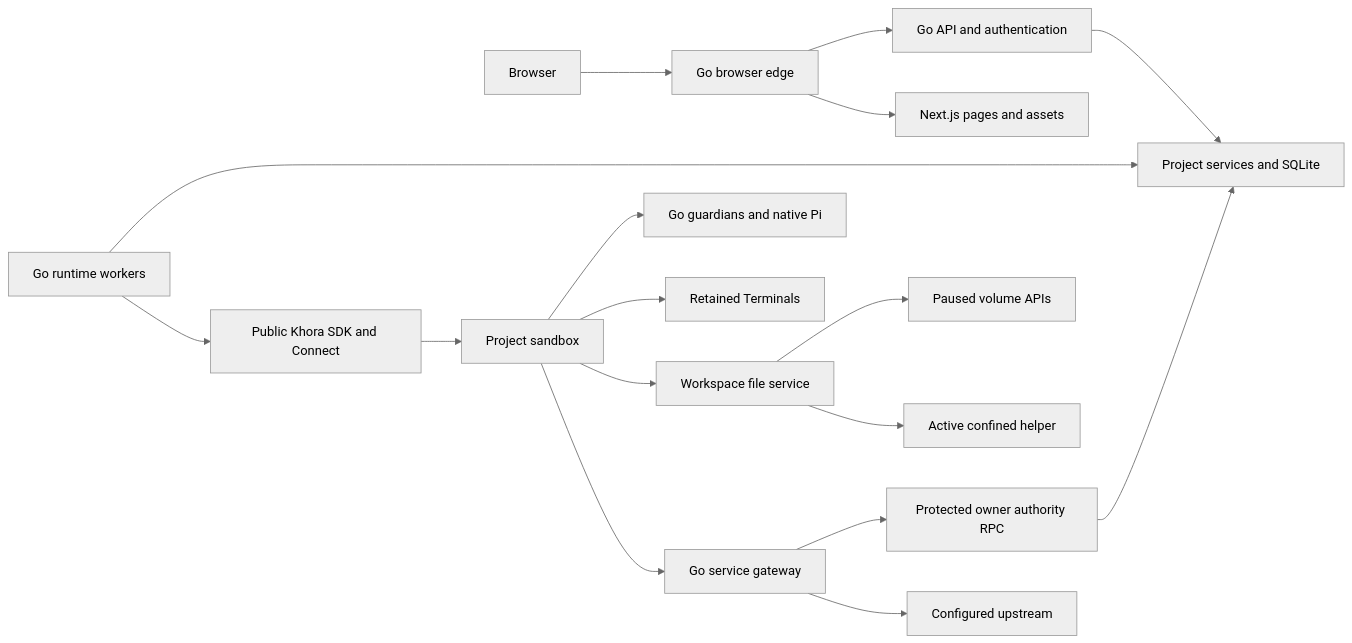
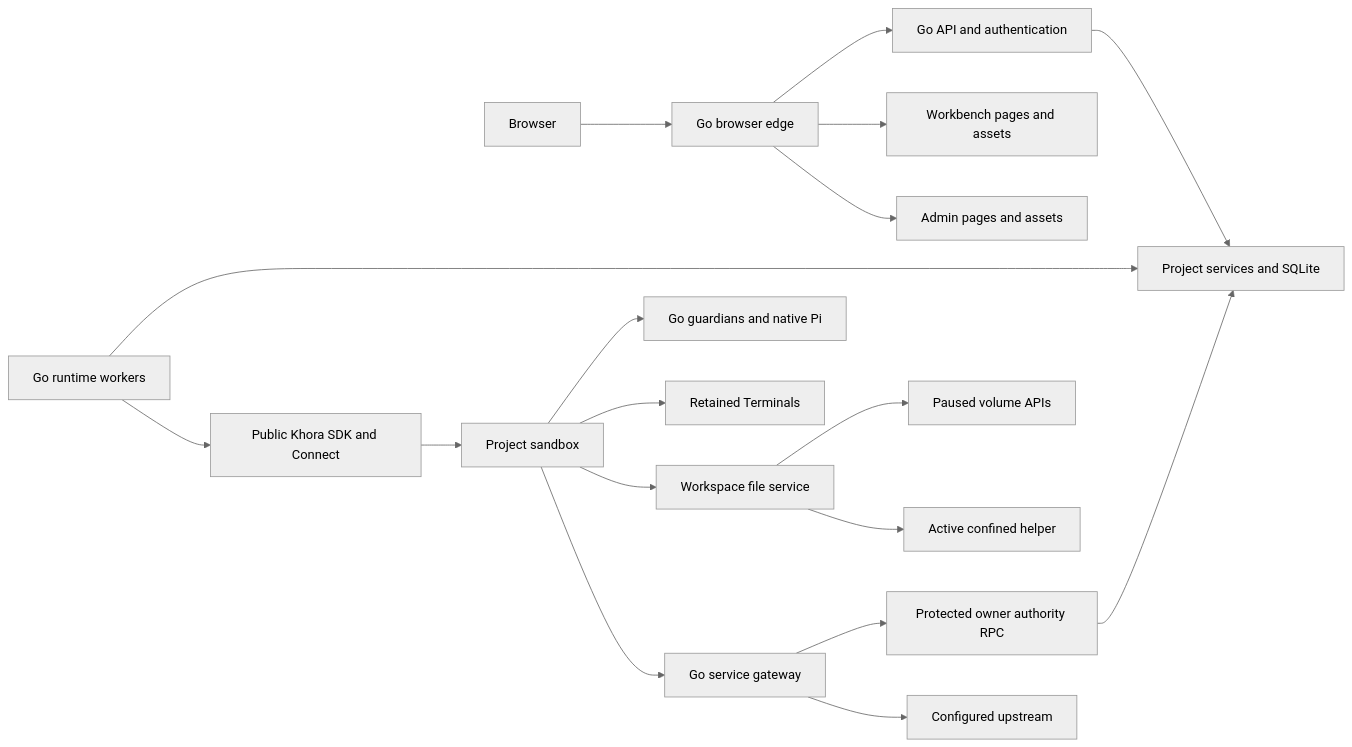
Before and after one commit to TSHOGX/aster: the diagram in docs/architecture.md, drawn with Mermaid (neutral theme). The commit also changed other lines of this file and 3 other files, not shown here.

````diff
--- a/docs/architecture.md
+++ b/docs/architecture.md
@@ -10,19 +10,20 @@
 ```mermaid
 flowchart LR
   Browser --> Edge[Go browser edge]
   Edge --> API[Go API and authentication]
-  Edge --> Next[Next.js pages and assets]
+  Edge --> Next[Workbench pages and assets]
+  Edge --> Admin[Admin pages and assets]
   API --> Product[Project services and SQLite]
   Workers[Go runtime workers] --> Product
   Workers --> SDK[Public Khora SDK and Connect]
   SDK --> Project[Project sandbox]
   Project --> Agents[Go guardians and native Pi]
   Project --> PTY[Retained Terminals]
   Project --> Files[Workspace file service]
   Files --> VolumeIO[Paused volume APIs]
   Files --> GuestIO[Active confined helper]
   Project --> Gateway[Go service gateway]
   Gateway --> Authority[Protected owner authority RPC]
   Authority --> Product
   Gateway --> Model[Configured upstream]
 ```
````
